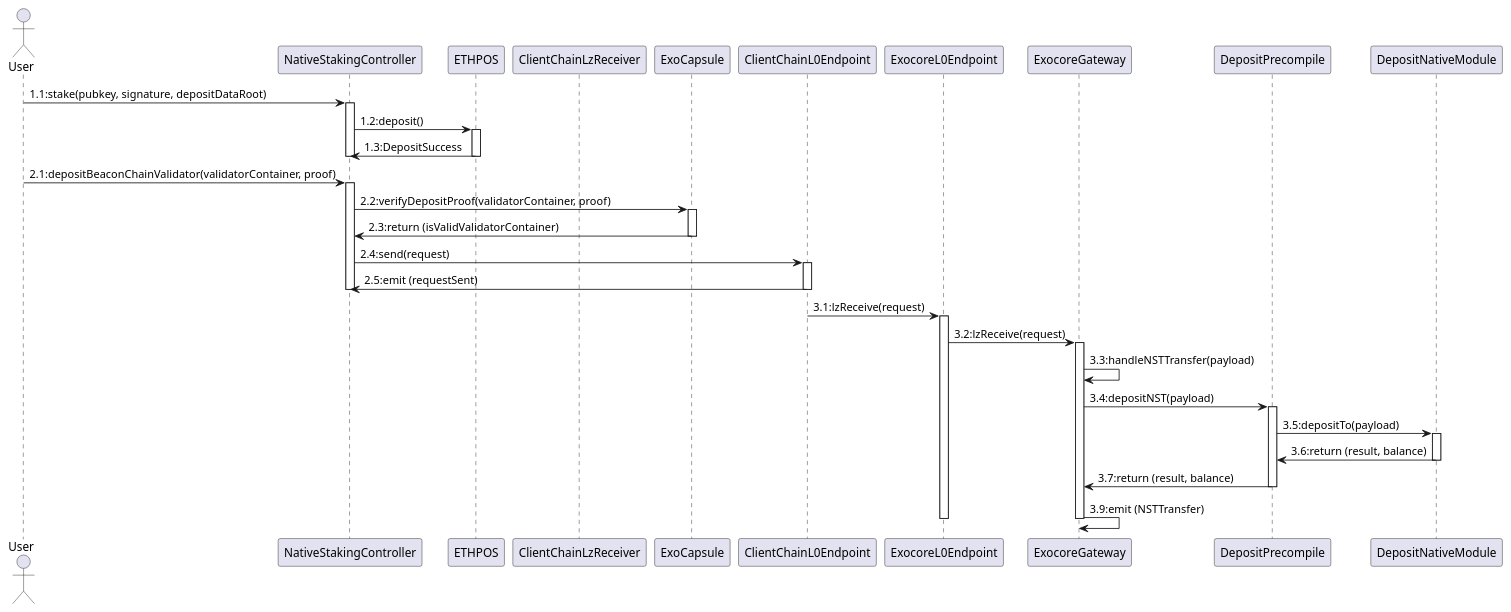
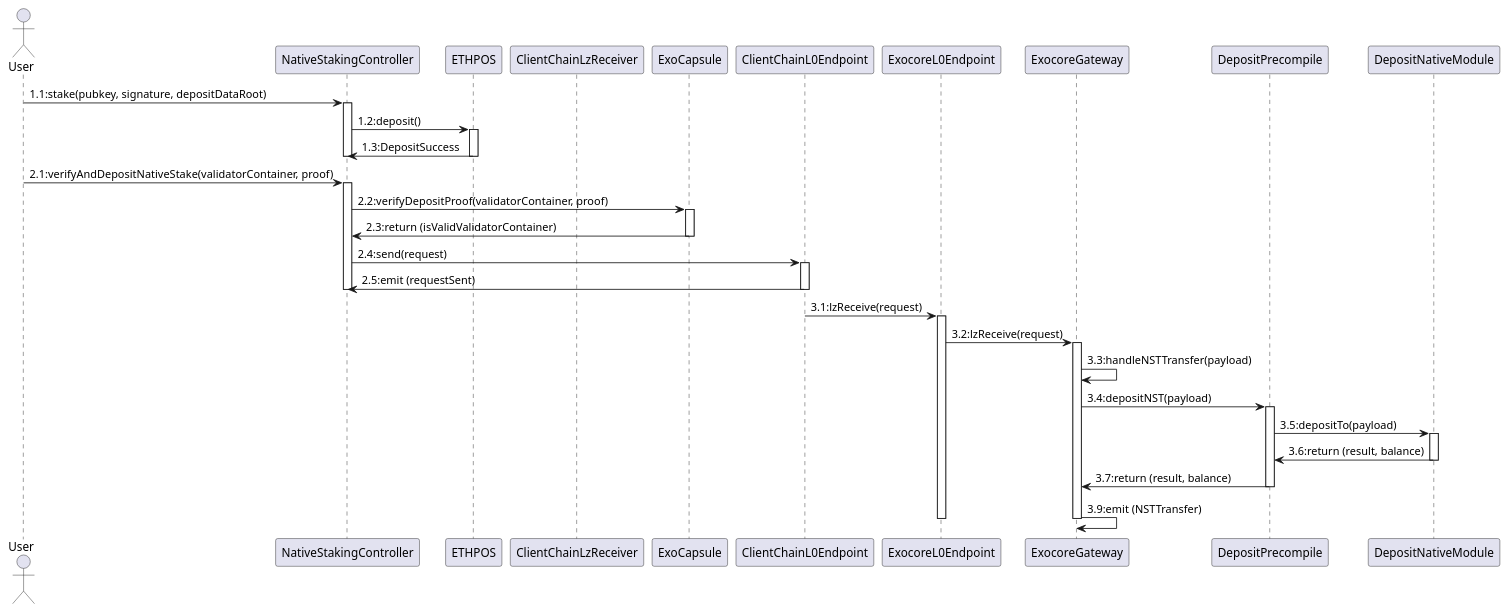
Before and after one commit to ExocoreNetwork/exocore-contracts: the first of 2 diagrams in docs/native_deposit_workflow.wsd, drawn with PlantUML. The commit also changed other lines of this file and 19 other files, not shown here.

```diff
--- a/docs/native_deposit_workflow.wsd
+++ b/docs/native_deposit_workflow.wsd
@@ -3,49 +3,49 @@
 @startuml
 actor User
 participant NativeStakingController
 participant ETHPOS
 participant ClientChainLzReceiver
 participant ExoCapsule
 participant ClientChainL0Endpoint
 participant ExocoreL0Endpoint
 participant ExocoreGateway
 participant DepositPrecompile
 participant DepositNativeModule
 
 User -> NativeStakingController: 1.1:stake(pubkey, signature, depositDataRoot)
 activate NativeStakingController
 NativeStakingController -> ETHPOS: 1.2:deposit()
 activate ETHPOS
 ETHPOS -> NativeStakingController: 1.3:DepositSuccess
 deactivate ETHPOS
 deactivate NativeStakingController
 
-User -> NativeStakingController: 2.1:depositBeaconChainValidator(validatorContainer, proof)
+User -> NativeStakingController: 2.1:verifyAndDepositNativeStake(validatorContainer, proof)
 activate NativeStakingController
 NativeStakingController -> ExoCapsule: 2.2:verifyDepositProof(validatorContainer, proof)
 activate ExoCapsule
 ExoCapsule -> NativeStakingController: 2.3:return (isValidValidatorContainer)
 deactivate ExoCapsule
 NativeStakingController -> ClientChainL0Endpoint: 2.4:send(request)
 activate ClientChainL0Endpoint
 ClientChainL0Endpoint -> NativeStakingController: 2.5:emit (requestSent)
 deactivate ClientChainL0Endpoint
 deactivate NativeStakingController
 ClientChainL0Endpoint -> ExocoreL0Endpoint: 3.1:lzReceive(request)
 activate ExocoreL0Endpoint
 ExocoreL0Endpoint -> ExocoreGateway: 3.2:lzReceive(request)
 activate ExocoreGateway
 ExocoreGateway -> ExocoreGateway: 3.3:handleNSTTransfer(payload)
 ExocoreGateway -> DepositPrecompile: 3.4:depositNST(payload)
 activate DepositPrecompile
 DepositPrecompile -> DepositNativeModule: 3.5:depositTo(payload)
 activate DepositNativeModule
 DepositNativeModule -> DepositPrecompile: 3.6:return (result, balance)
 deactivate DepositNativeModule
 DepositPrecompile -> ExocoreGateway: 3.7:return (result, balance)
 deactivate DepositPrecompile
 ExocoreGateway -> ExocoreGateway: 3.9:emit (NSTTransfer)
 deactivate ExocoreGateway
 deactivate ExocoreL0Endpoint
 
 @enduml
```
